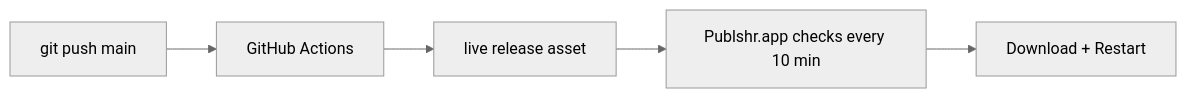
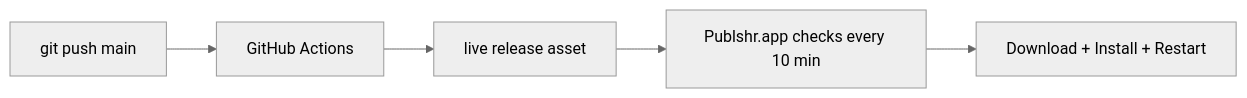
Before and after one commit to hiagoccss-svg/publshr.exe: the diagram in mac/publshr/docs/AUTO_UPDATE.md, drawn with Mermaid (neutral theme). The commit also changed other lines of this file, not shown here.

Commit message:
docs: live channel auto-install without user clicks

````diff
--- a/mac/publshr/docs/AUTO_UPDATE.md
+++ b/mac/publshr/docs/AUTO_UPDATE.md
@@ -15,7 +15,7 @@
 ```mermaid
 flowchart LR
   A[git push main] --> B[GitHub Actions]
   B --> C[live release asset]
   C --> D[Publshr.app checks every 10 min]
-  D --> E[Download + Restart]
+  D --> E[Download + Install + Restart]
 ```
````
